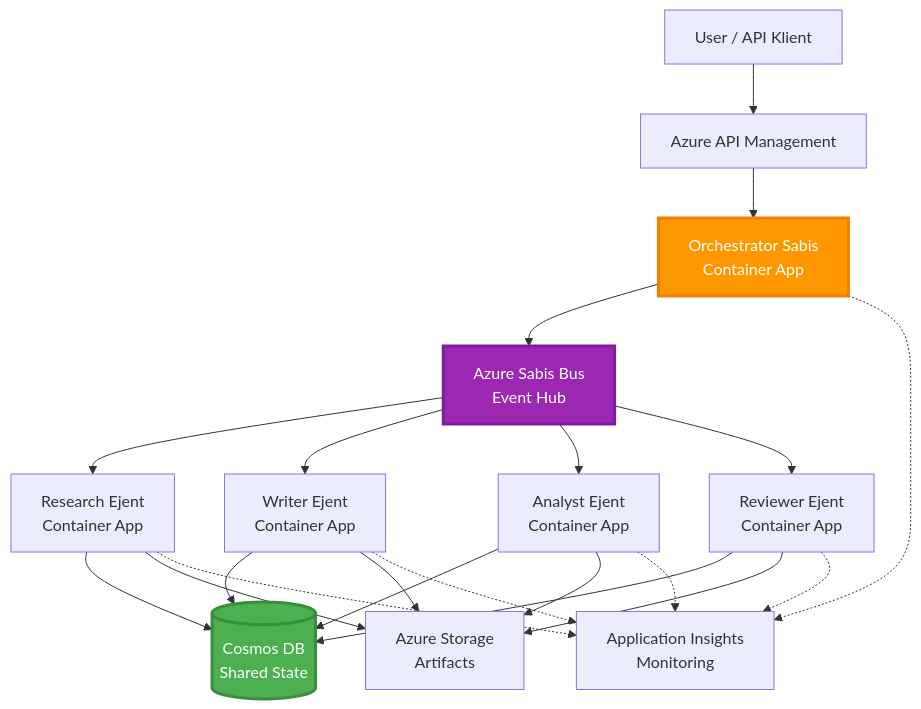
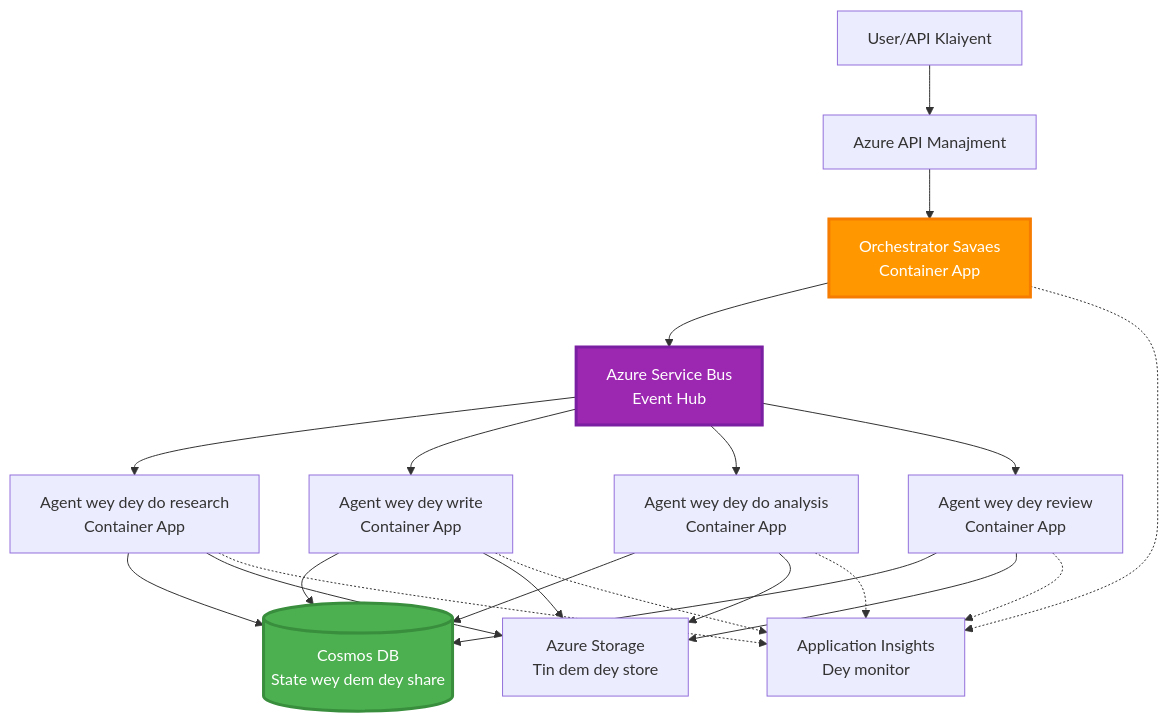
One commit to microsoft/AZD-for-beginners changed the sixth of 6 diagrams in translations/pcm/docs/chapter-06-pre-deployment/coordination-patterns.md. Above: the diagram before and after it, drawn with Mermaid. The commit also changed other lines of this file and 101 other files, not shown here.

````diff
--- a/translations/pcm/docs/chapter-06-pre-deployment/coordination-patterns.md
+++ b/translations/pcm/docs/chapter-06-pre-deployment/coordination-patterns.md
@@ -271,45 +265,45 @@
 ```mermaid
 graph TB
-    User[User / API Klient]
-    APIM[Azure API Management]
-    Orchestrator[Orchestrator Sabis<br/>Container App]
-    ServiceBus[Azure Sabis Bus<br/>Event Hub]
+    User[User/API Klaiyent]
+    APIM[Azure API Manajment]
+    Orchestrator[Orchestrator Savaes<br/>Container App]
+    ServiceBus[Azure Service Bus<br/>Event Hub]
     
-    Agent1[Research Ejent<br/>Container App]
-    Agent2[Writer Ejent<br/>Container App]
-    Agent3[Analyst Ejent<br/>Container App]
-    Agent4[Reviewer Ejent<br/>Container App]
+    Agent1[Agent wey dey do research<br/>Container App]
+    Agent2[Agent wey dey write<br/>Container App]
+    Agent3[Agent wey dey do analysis<br/>Container App]
+    Agent4[Agent wey dey review<br/>Container App]
     
-    CosmosDB[(Cosmos DB<br/>Shared State)]
-    Storage[Azure Storage<br/>Artifacts]
-    AppInsights[Application Insights<br/>Monitoring]
+    CosmosDB[(Cosmos DB<br/>State wey dem dey share)]
+    Storage[Azure Storage<br/>Tin dem dey store]
+    AppInsights[Application Insights<br/>Dey monitor]
     
     User --> APIM
     APIM --> Orchestrator
     
     Orchestrator --> ServiceBus
     ServiceBus --> Agent1
     ServiceBus --> Agent2
     ServiceBus --> Agent3
     ServiceBus --> Agent4
     
     Agent1 --> CosmosDB
     Agent2 --> CosmosDB
     Agent3 --> CosmosDB
     Agent4 --> CosmosDB
     
     Agent1 --> Storage
     Agent2 --> Storage
     Agent3 --> Storage
     Agent4 --> Storage
     
     Orchestrator -.-> AppInsights
     Agent1 -.-> AppInsights
     Agent2 -.-> AppInsights
     Agent3 -.-> AppInsights
     Agent4 -.-> AppInsights
     
     style Orchestrator fill:#FF9800,stroke:#F57C00,stroke-width:3px,color:#fff
     style ServiceBus fill:#9C27B0,stroke:#7B1FA2,stroke-width:3px,color:#fff
     style CosmosDB fill:#4CAF50,stroke:#388E3C,stroke-width:3px,color:#fff
 ```
````
